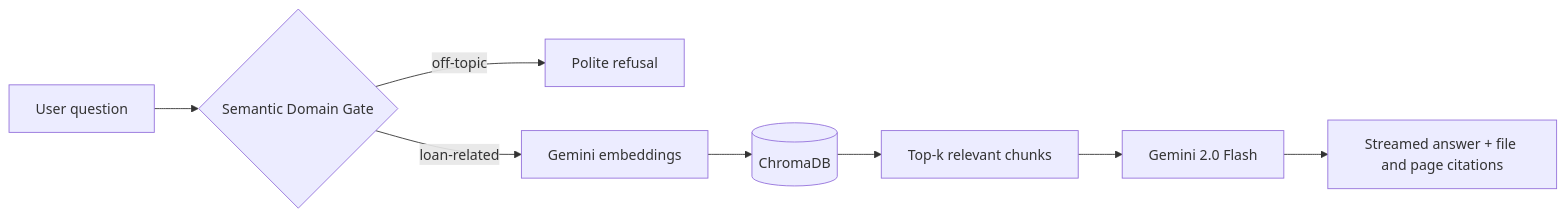
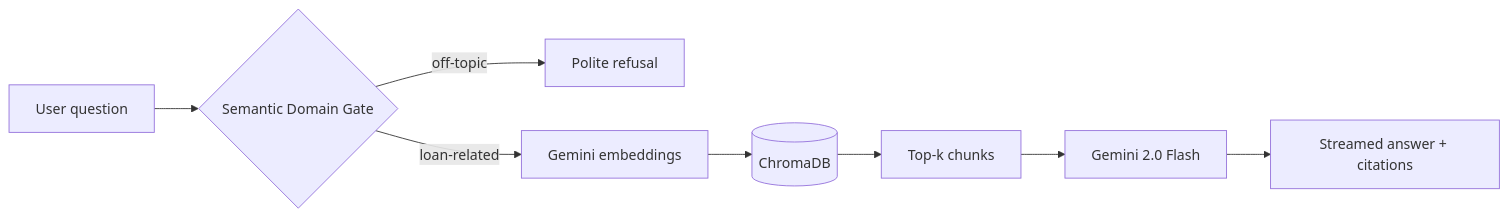
One commit to Himanshu0710-array/Himanshu0710-array changed the diagram in README.md. Above: the diagram before and after it, drawn with Mermaid. The commit also changed other lines of this file, not shown here.

````diff
--- a/README.md
+++ b/README.md
@@ -65,10 +49,10 @@
 ```mermaid
 flowchart LR
     A[User question] --> B{Semantic Domain Gate}
     B -- off-topic --> X[Polite refusal]
     B -- loan-related --> C[Gemini embeddings]
     C --> D[(ChromaDB)]
-    D --> E[Top-k relevant chunks]
+    D --> E[Top-k chunks]
     E --> F[Gemini 2.0 Flash]
-    F --> G[Streamed answer + file and page citations]
+    F --> G[Streamed answer + citations]
 ```
````
